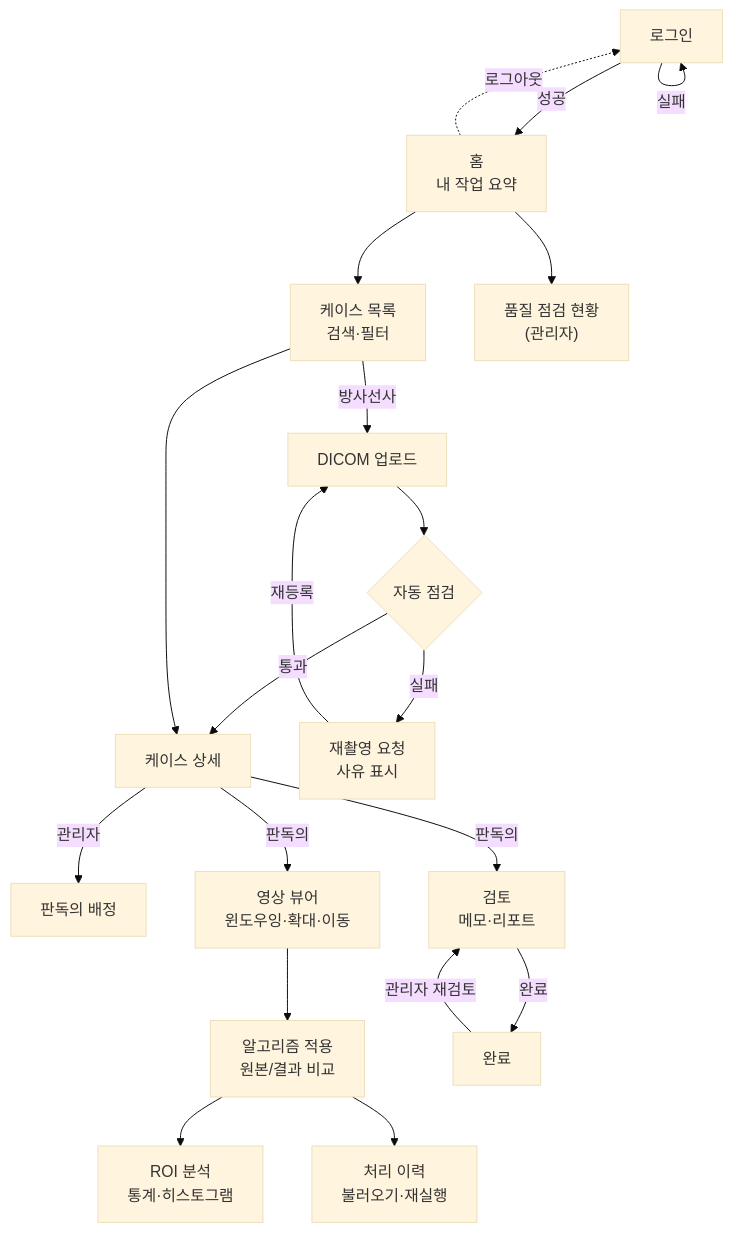
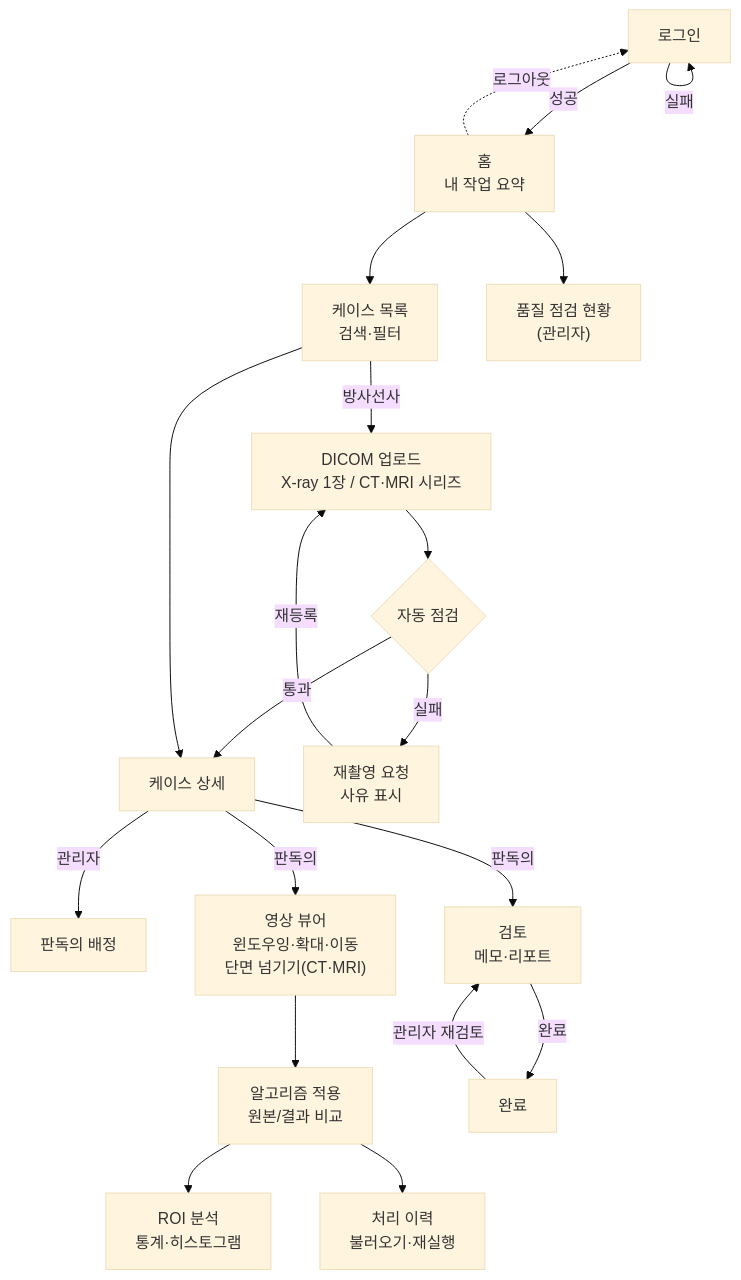
Before and after one commit to HyangnamDexter/Team_Project: the third of 6 diagrams in docs/architecture.md, drawn with Mermaid (base theme). The commit also changed other lines of this file and 8 other files, not shown here.

First line of the commit message:
feat: CT·MRI 시리즈 지원을 설계와 인터페이스에 반영

````diff
--- a/docs/architecture.md
+++ b/docs/architecture.md
@@ -62,25 +62,25 @@
 ```mermaid
 flowchart TD
     L["로그인"] -->|성공| H["홈<br/>내 작업 요약"]
     L -->|실패| L
     H --> C["케이스 목록<br/>검색·필터"]
     H --> Q["품질 점검 현황<br/>(관리자)"]
 
-    C -->|방사선사| UP["DICOM 업로드"]
+    C -->|방사선사| UP["DICOM 업로드<br/>X-ray 1장 / CT·MRI 시리즈"]
     UP --> QC{"자동 점검"}
     QC -->|통과| CD["케이스 상세"]
     QC -->|실패| RJ["재촬영 요청<br/>사유 표시"]
     RJ -->|재등록| UP
 
     C --> CD
     CD -->|관리자| AS["판독의 배정"]
-    CD -->|판독의| V["영상 뷰어<br/>윈도우잉·확대·이동"]
+    CD -->|판독의| V["영상 뷰어<br/>윈도우잉·확대·이동<br/>단면 넘기기(CT·MRI)"]
     V --> PR["알고리즘 적용<br/>원본/결과 비교"]
     PR --> ROI["ROI 분석<br/>통계·히스토그램"]
     PR --> HIS["처리 이력<br/>불러오기·재실행"]
     CD -->|판독의| RV["검토<br/>메모·리포트"]
     RV -->|완료| DN["완료"]
     DN -->|관리자 재검토| RV
 
     H -.->|로그아웃| L
 ```
````
